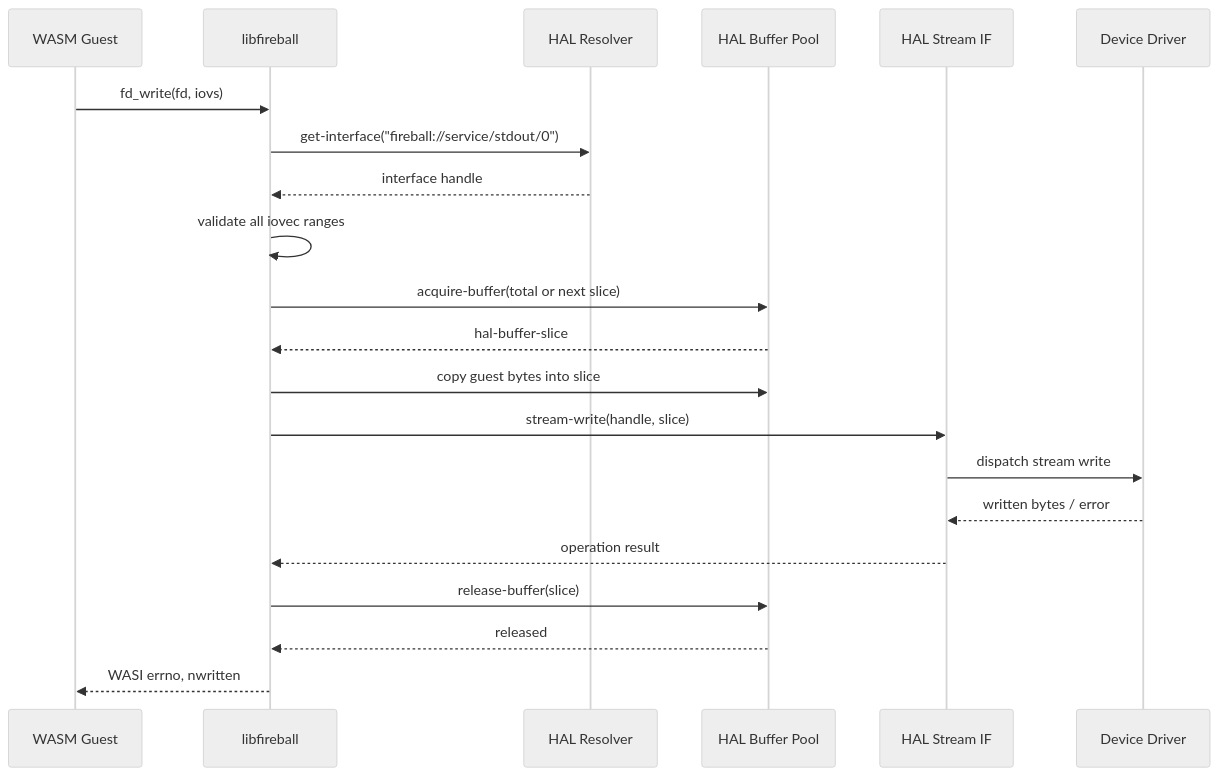
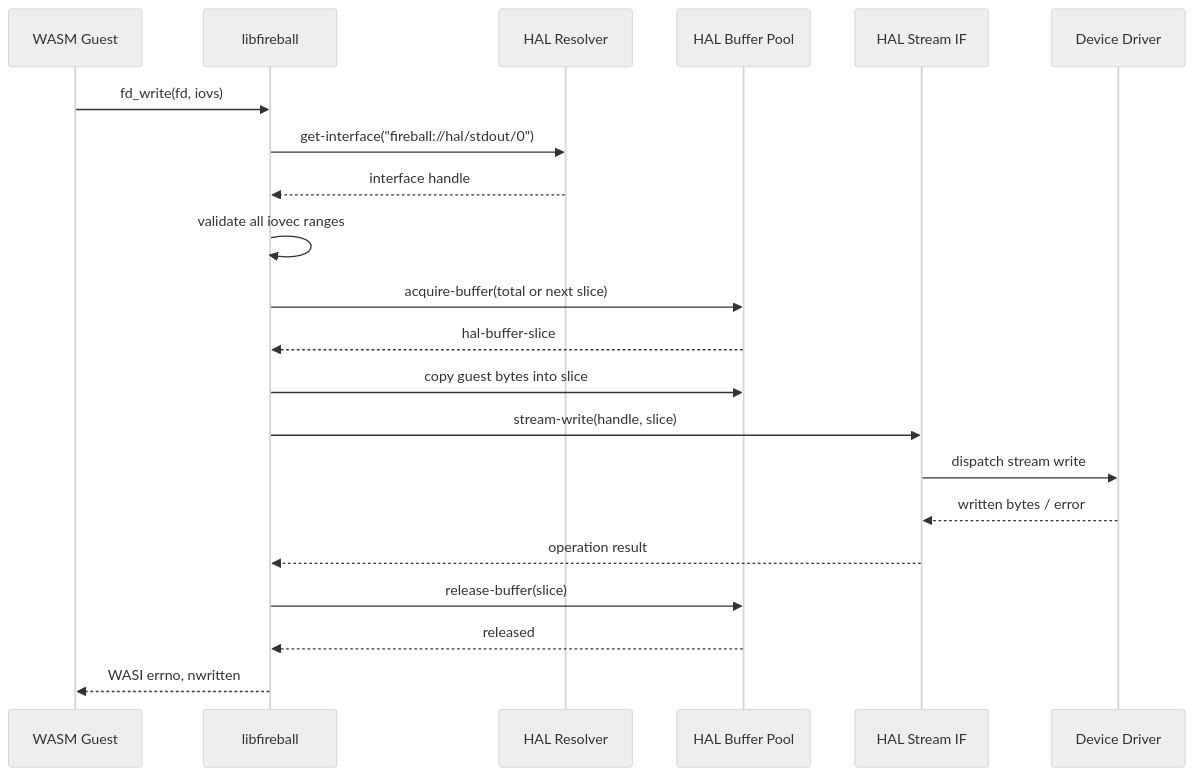
One commit to kmt-t/fireball changed the second of 3 diagrams in docs/components/tier3_platform/libfireball.md. Above: the diagram before and after it, drawn with Mermaid (neutral theme). The commit also changed 31 other files, not shown here.

Commit message:
Align HAL URI terminology across interface specifications

````diff
--- a/docs/components/tier3_platform/libfireball.md
+++ b/docs/components/tier3_platform/libfireball.md
@@ -66,24 +66,24 @@
 ```mermaid
 sequenceDiagram
     participant G as WASM Guest
     participant L as libfireball
     participant R as HAL Resolver
     participant B as HAL Buffer Pool
     participant H as HAL Stream IF
     participant D as Device Driver
 
     G->>L: fd_write(fd, iovs)
-    L->>R: get-interface("fireball://service/stdout/0")
+    L->>R: get-interface("fireball://hal/stdout/0")
     R-->>L: interface handle
     L->>L: validate all iovec ranges
     L->>B: acquire-buffer(total or next slice)
     B-->>L: hal-buffer-slice
     L->>B: copy guest bytes into slice
     L->>H: stream-write(handle, slice)
     H->>D: dispatch stream write
     D-->>H: written bytes / error
     H-->>L: operation result
     L->>B: release-buffer(slice)
     B-->>L: released
     L-->>G: WASI errno, nwritten
 ```
````
